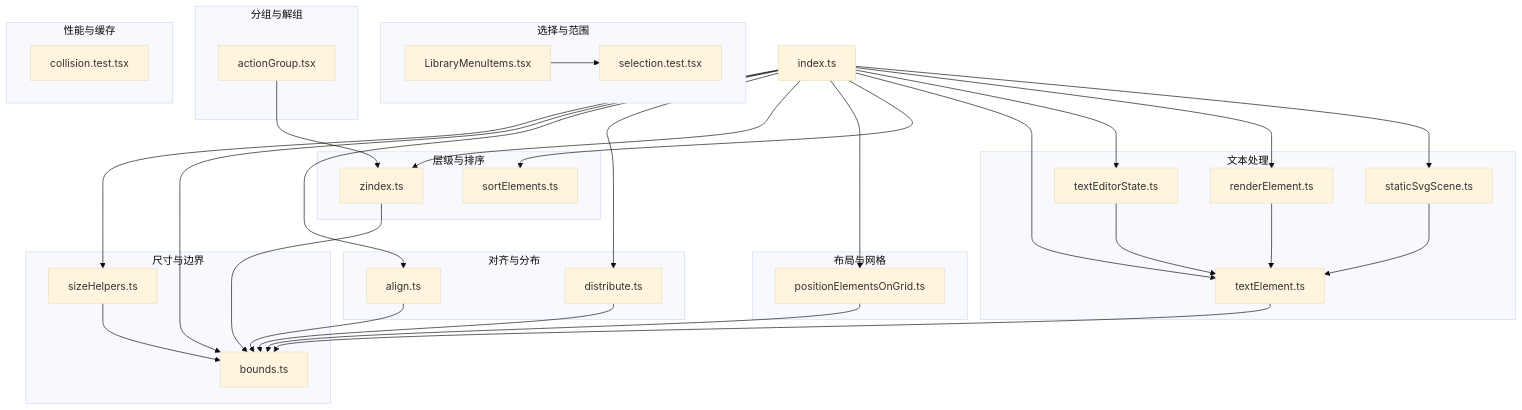
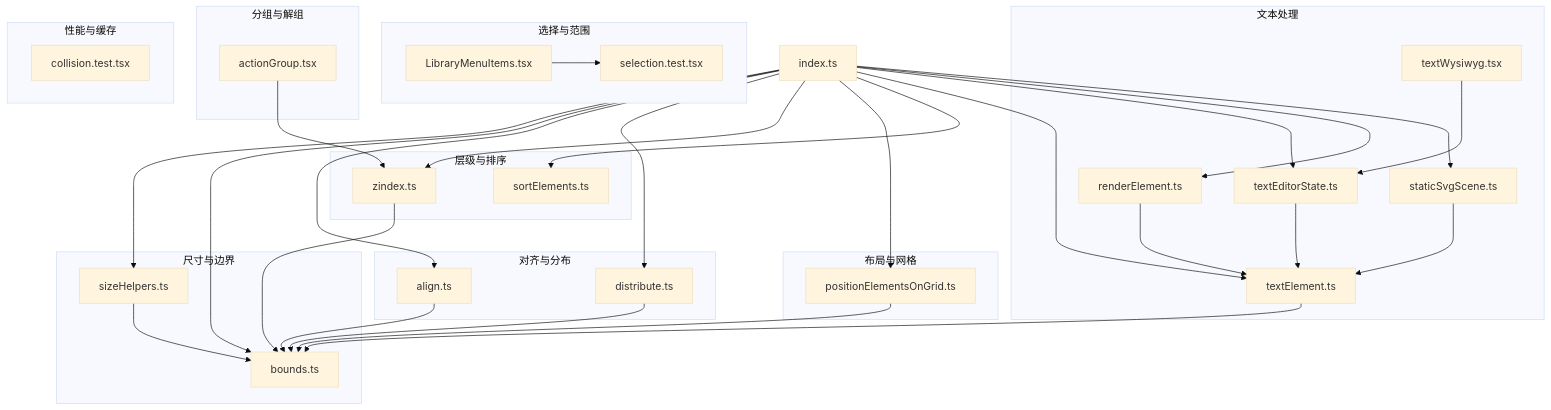
One commit to Az-qianchen/Excalidraw changed the first of 15 diagrams in .qoder/repowiki/zh/content/元素系统/元素工具函数.md. Above: the diagram before and after it, drawn with Mermaid (base theme). The commit also changed other lines of this file and 61 other files, not shown here.

````diff
--- a/.qoder/repowiki/zh/content/元素系统/元素工具函数.md
+++ b/.qoder/repowiki/zh/content/元素系统/元素工具函数.md
@@ -60,57 +76,59 @@
 ```mermaid
 graph TB
 subgraph "尺寸与边界"
 SH["sizeHelpers.ts"]
 BD["bounds.ts"]
 end
 subgraph "对齐与分布"
 AL["align.ts"]
 DR["distribute.ts"]
 end
 subgraph "层级与排序"
 ZI["zindex.ts"]
 SO["sortElements.ts"]
 end
 subgraph "布局与网格"
 PG["positionElementsOnGrid.ts"]
 end
 subgraph "文本处理"
 TE["textElement.ts"]
 TES["textEditorState.ts"]
 RE["renderElement.ts"]
 SS["staticSvgScene.ts"]
+TW["textWysiwyg.tsx"]
 end
 subgraph "选择与范围"
 LM["LibraryMenuItems.tsx"]
 ST["selection.test.tsx"]
 end
 subgraph "分组与解组"
 AG["actionGroup.tsx"]
 end
 subgraph "性能与缓存"
 CT["collision.test.tsx"]
 end
 IN["index.ts"]
 SH --> BD
 AL --> BD
 DR --> BD
 ZI --> BD
 PG --> BD
 TE --> BD
 TES --> TE
 RE --> TE
 SS --> TE
+TW --> TES
 LM --> ST
 AG --> ZI
 IN --> SH
 IN --> BD
 IN --> AL
 IN --> DR
 IN --> ZI
 IN --> PG
 IN --> SO
 IN --> TE
 IN --> TES
 IN --> RE
 IN --> SS
 ```
````
